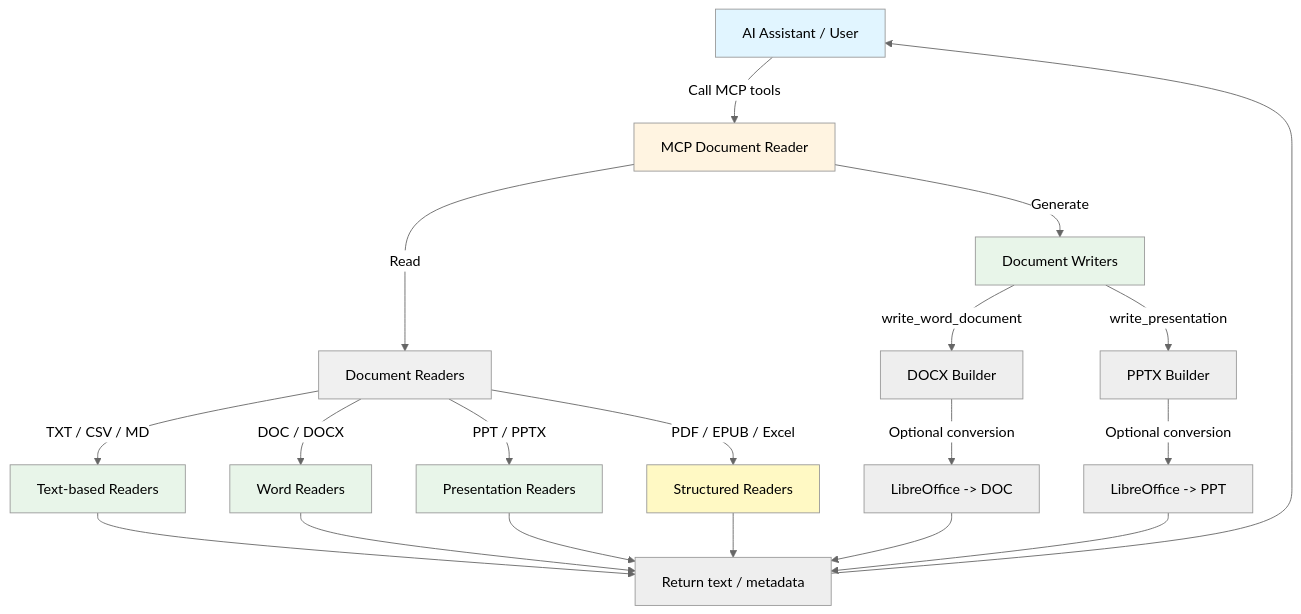
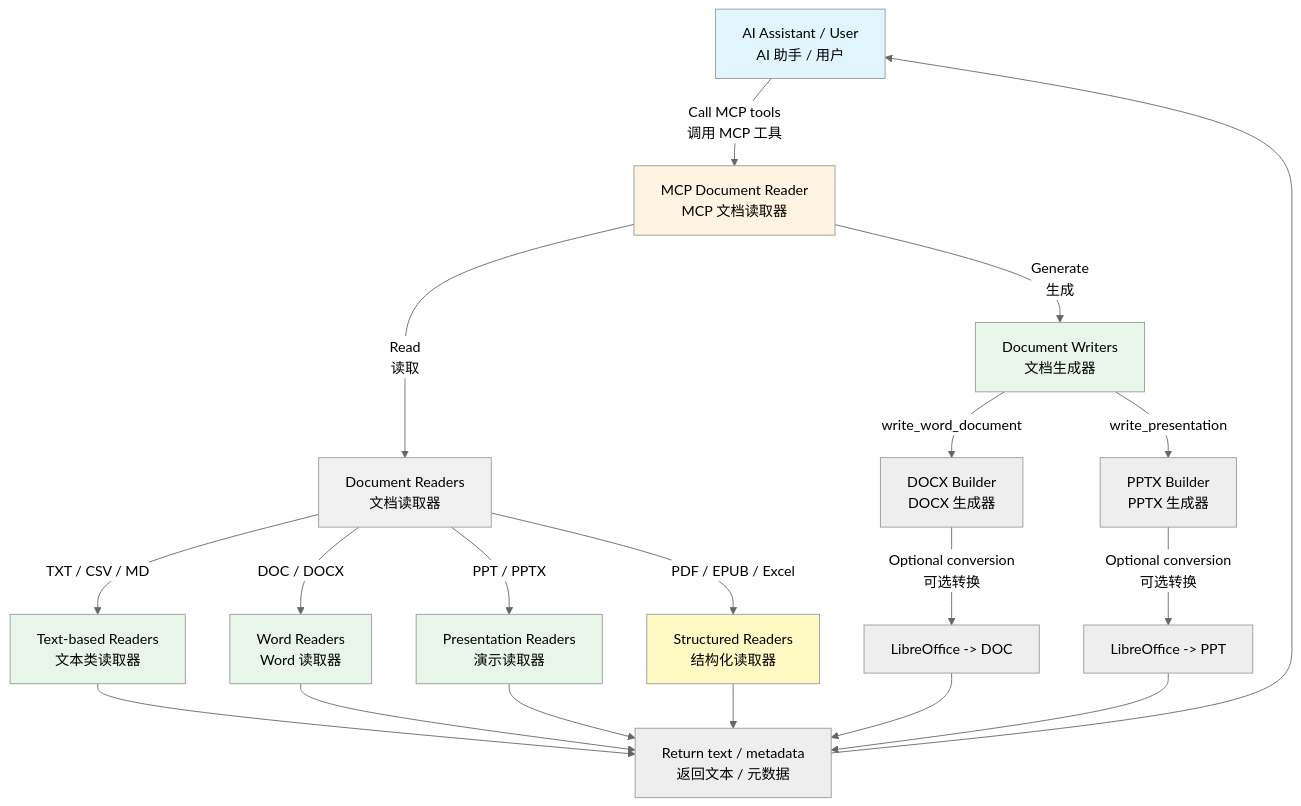
Before and after one commit to crispvibe/mcp-document-studio: the diagram in README.md, drawn with Mermaid (neutral theme). The commit also changed other lines of this file and 2 other files, not shown here.

````diff
--- a/README.md
+++ b/README.md
@@ -44,30 +39,30 @@
 ```mermaid
 graph TB
-    A[AI Assistant / User] -->|Call MCP tools| B[MCP Document Reader]
-    B -->|Read| C[Document Readers]
-    B -->|Generate| D[Document Writers]
-    C -->|TXT / CSV / MD| E[Text-based Readers]
-    C -->|DOC / DOCX| F[Word Readers]
-    C -->|PPT / PPTX| G[Presentation Readers]
-    C -->|PDF / EPUB / Excel| H[Structured Readers]
-    D -->|write_word_document| I[DOCX Builder]
-    D -->|write_presentation| J[PPTX Builder]
-    I -->|Optional conversion| K[LibreOffice -> DOC]
-    J -->|Optional conversion| L[LibreOffice -> PPT]
-    E --> M[Return text / metadata]
+    A[AI Assistant / User<br/>AI 助手 / 用户] -->|Call MCP tools<br/>调用 MCP 工具| B[MCP Document Reader<br/>MCP 文档读取器]
+    B -->|Read<br/>读取| C[Document Readers<br/>文档读取器]
+    B -->|Generate<br/>生成| D[Document Writers<br/>文档生成器]
+    C -->|TXT / CSV / MD| E[Text-based Readers<br/>文本类读取器]
+    C -->|DOC / DOCX| F[Word Readers<br/>Word 读取器]
+    C -->|PPT / PPTX| G[Presentation Readers<br/>演示读取器]
+    C -->|PDF / EPUB / Excel| H[Structured Readers<br/>结构化读取器]
+    D -->|write_word_document| I[DOCX Builder<br/>DOCX 生成器]
+    D -->|write_presentation| J[PPTX Builder<br/>PPTX 生成器]
+    I -->|Optional conversion<br/>可选转换| K[LibreOffice -> DOC]
+    J -->|Optional conversion<br/>可选转换| L[LibreOffice -> PPT]
+    E --> M[Return text / metadata<br/>返回文本 / 元数据]
     F --> M
     G --> M
     H --> M
     K --> M
     L --> M
     M --> A
     
     style A fill:#e1f5ff
     style B fill:#fff4e1
     style C fill:#f0f0f0
     style D fill:#e8f5e9
     style E fill:#e8f5e9
     style F fill:#e8f5e9
     style G fill:#e8f5e9
     style H fill:#fff9c4
 ```
````
